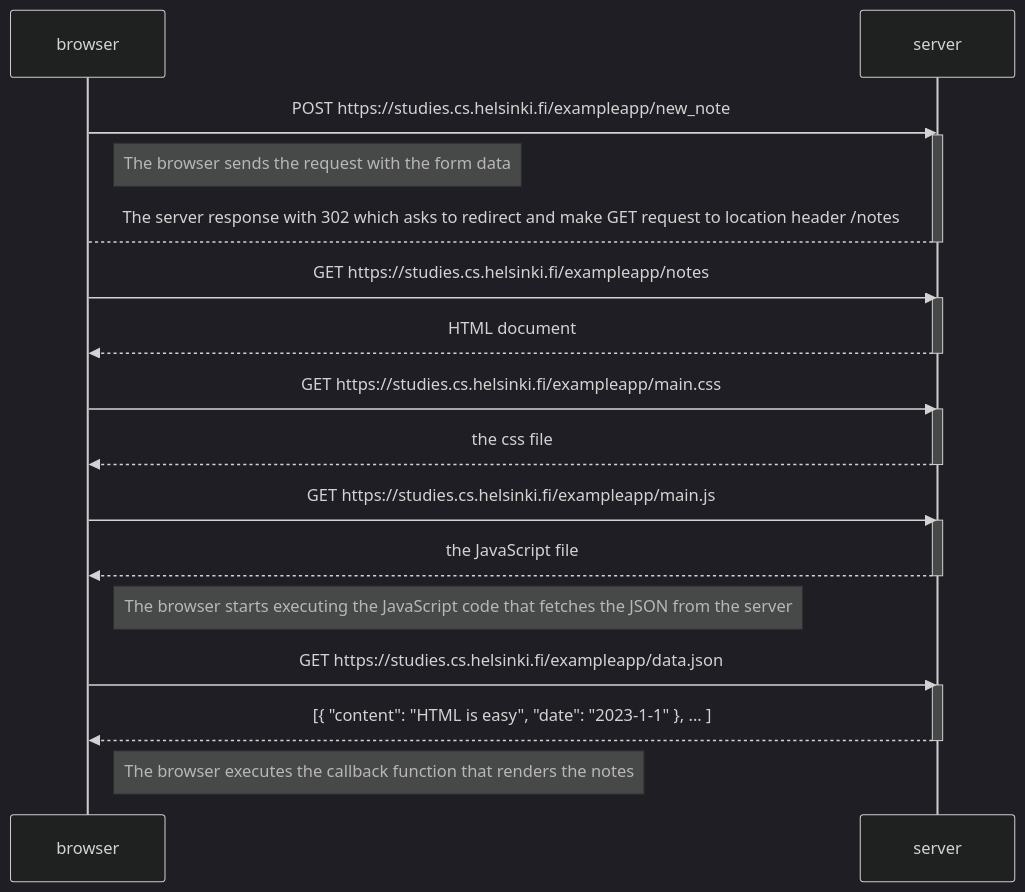
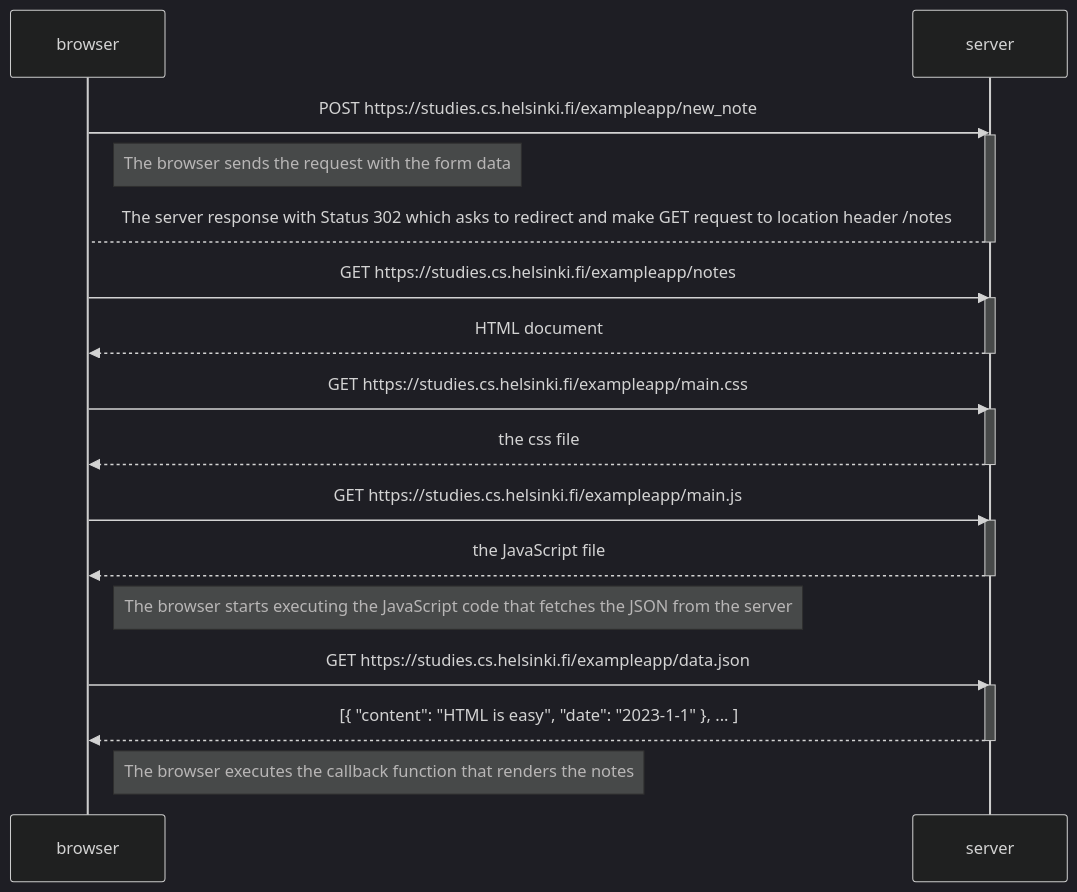
The second of 2 diagrams in part0/sequenceDiagrams.md (carlos-dev-research/full-stack-open-course), drawn with Mermaid (dark theme) before and after one commit.

````diff
--- a/part0/sequenceDiagrams.md
+++ b/part0/sequenceDiagrams.md
@@ -33,35 +33,35 @@
 ```mermaid
 sequenceDiagram
     participant browser
     participant server
 
     browser->>server: POST https://studies.cs.helsinki.fi/exampleapp/new_note
     activate server
     Note right of browser: The browser sends the request with the form data
-    server-->browser: The server response with 302 which asks to redirect and make GET request to location header /notes
+    server-->browser: The server response with Status 302 which asks to redirect and make GET request to location header /notes
     deactivate server
 
     browser->>server: GET https://studies.cs.helsinki.fi/exampleapp/notes
     activate server
     server-->>browser: HTML document
     deactivate server
 
     browser->>server: GET https://studies.cs.helsinki.fi/exampleapp/main.css
     activate server
     server-->>browser: the css file
     deactivate server
 
     browser->>server: GET https://studies.cs.helsinki.fi/exampleapp/main.js
     activate server
     server-->>browser: the JavaScript file
     deactivate server
 
     Note right of browser: The browser starts executing the JavaScript code that fetches the JSON from the server
 
     browser->>server: GET https://studies.cs.helsinki.fi/exampleapp/data.json
     activate server
     server-->>browser: [{ "content": "HTML is easy", "date": "2023-1-1" }, ... ]
     deactivate server
 
     Note right of browser: The browser executes the callback function that renders the notes
 ```
````
